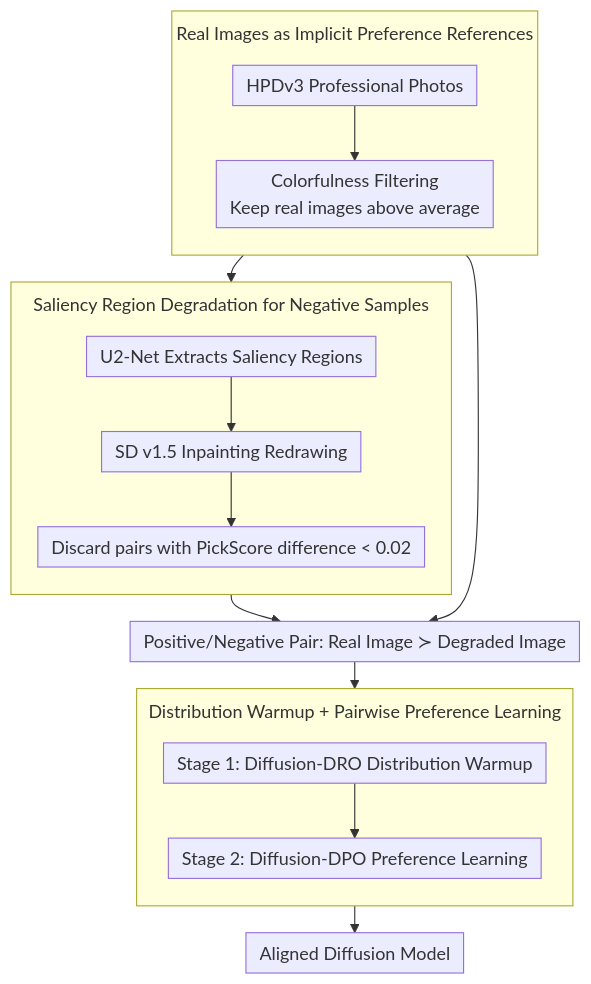
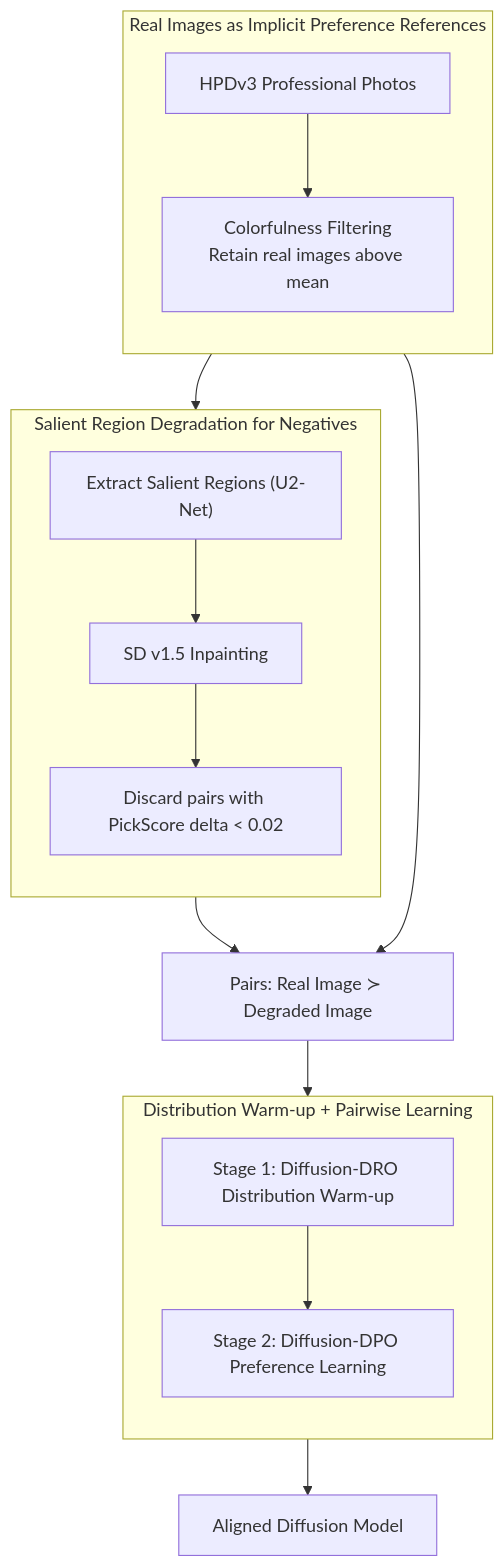
Before and after one commit to zhaoyang97/Paper-Notes-en: the diagram in docs/ICML2026/image_generation/when_preference_labels_fall_short_aligning_diffusion_models_from_real_data.md, drawn with Mermaid. The commit also changed other lines of this file and 5084 other files, not shown here.

````diff
--- a/docs/ICML2026/image_generation/when_preference_labels_fall_short_aligning_diffusion_models_from_real_data.md
+++ b/docs/ICML2026/image_generation/when_preference_labels_fall_short_aligning_diffusion_models_from_real_data.md
@@ -46,22 +46,21 @@
 ```mermaid
-%%{init: {'flowchart': {'rankSpacing': 24, 'nodeSpacing': 28, 'padding': 6, 'wrappingWidth': 400, 'subGraphTitleMargin': {'top': 8, 'bottom': 16}}}}%%
-flowchart TD
+graph TD
     subgraph POS["Real Images as Implicit Preference References"]
         direction TB
-        A["HPDv3 Professional Photos"] --> B["Colorfulness Filtering<br/>Keep real images above average"]
+        A["HPDv3 Professional Photos"] --> B["Colorfulness Filtering<br/>Retain real images above mean"]
     end
-    subgraph NEG["Saliency Region Degradation for Negative Samples"]
+    subgraph NEG["Salient Region Degradation for Negatives"]
         direction TB
-        C["U2-Net Extracts Saliency Regions"] --> D["SD v1.5 Inpainting Redrawing"]
-        D --> E["Discard pairs with PickScore difference < 0.02"]
+        C["Extract Salient Regions (U2-Net)"] --> D["SD v1.5 Inpainting"]
+        D --> E["Discard pairs with PickScore delta < 0.02"]
     end
     B --> C
-    B --> F["Positive/Negative Pair: Real Image ≻ Degraded Image"]
+    B --> F["Pairs: Real Image ≻ Degraded Image"]
     E --> F
-    subgraph TRAIN["Distribution Warmup + Pairwise Preference Learning"]
+    subgraph TRAIN["Distribution Warm-up + Pairwise Learning"]
         direction TB
-        G["Stage 1: Diffusion-DRO Distribution Warmup"] --> H["Stage 2: Diffusion-DPO Preference Learning"]
+        G["Stage 1: Diffusion-DRO Distribution Warm-up"] --> H["Stage 2: Diffusion-DPO Preference Learning"]
     end
     F --> G
     H --> I["Aligned Diffusion Model"]
 ```
````
